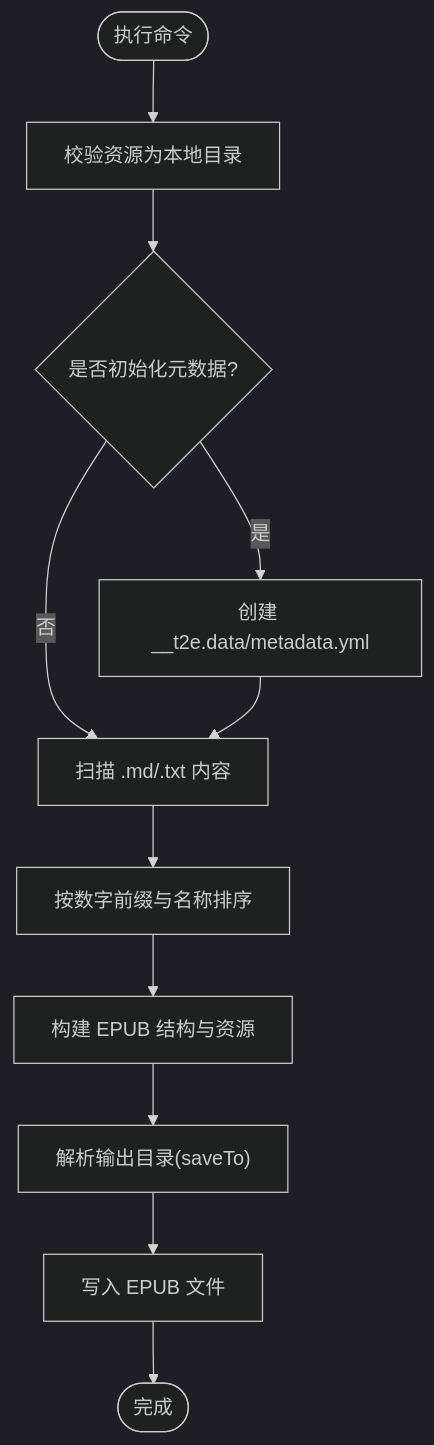
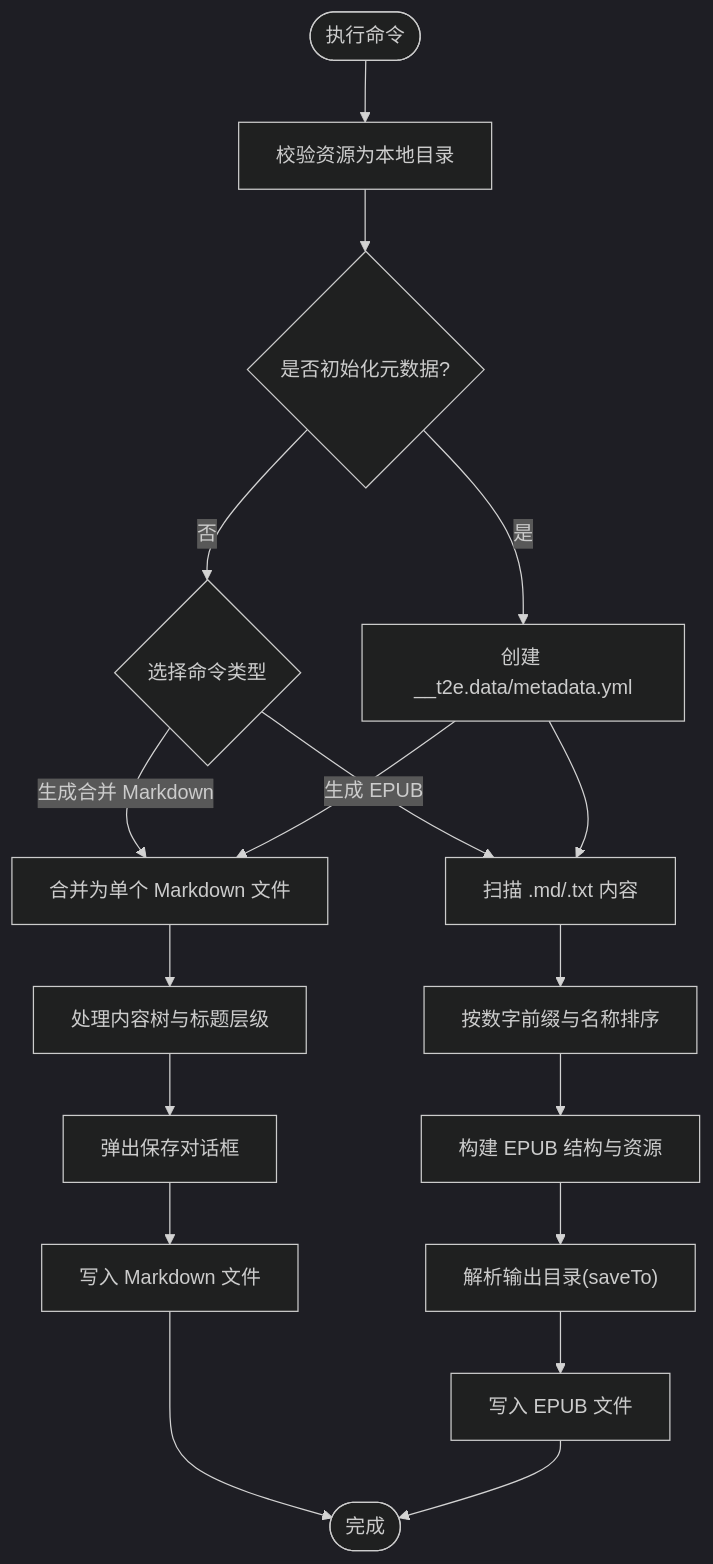
One commit to someok/vscode-folder2epub changed the third of 8 diagrams in .qoder/repowiki/zh/content/项目概述.md. Above: the diagram before and after it, drawn with Mermaid (dark theme). The commit also changed other lines of this file and 6 other files, not shown here.

````diff
--- a/.qoder/repowiki/zh/content/项目概述.md
+++ b/.qoder/repowiki/zh/content/项目概述.md
@@ -168,13 +212,20 @@
 ```mermaid
 flowchart TD
 Start(["执行命令"]) --> CheckTarget["校验资源为本地目录"]
 CheckTarget --> InitMeta{"是否初始化元数据?"}
 InitMeta --> |是| CreateMeta["创建 __t2e.data/metadata.yml"]
-InitMeta --> |否| Scan["扫描 .md/.txt 内容"]
+InitMeta --> |否| ChooseCmd{"选择命令类型"}
+ChooseCmd --> |生成 EPUB| Scan["扫描 .md/.txt 内容"]
+ChooseCmd --> |生成合并 Markdown| Merge["合并为单个 Markdown 文件"]
 CreateMeta --> Scan
+CreateMeta --> Merge
 Scan --> Sort["按数字前缀与名称排序"]
+Merge --> Process["处理内容树与标题层级"]
 Sort --> Build["构建 EPUB 结构与资源"]
+Process --> Save["弹出保存对话框"]
 Build --> Out["解析输出目录(saveTo)"]
-Out --> Write["写入 EPUB 文件"]
+Save --> Write["写入 Markdown 文件"]
+Out --> Write2["写入 EPUB 文件"]
 Write --> Done(["完成"])
+Write2 --> Done
 ```
````
